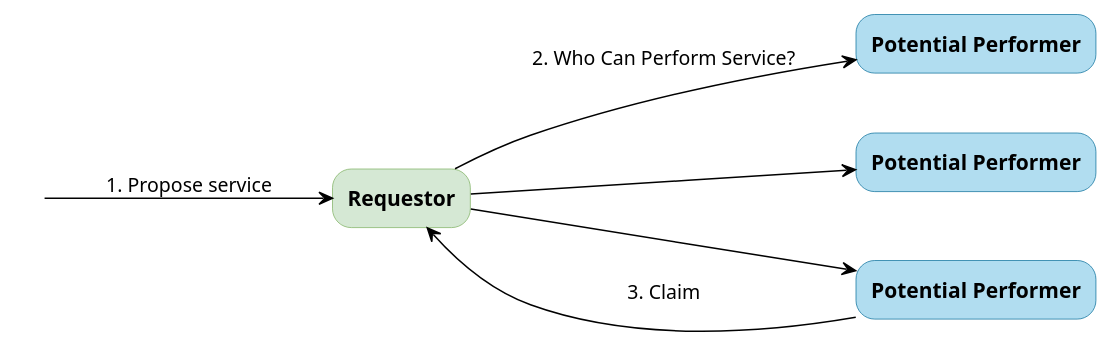
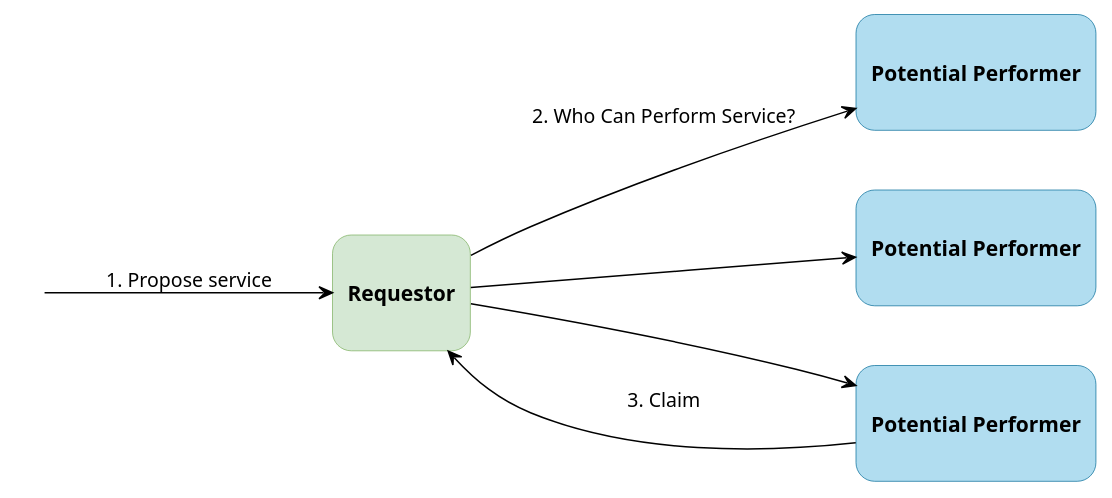
Before and after one commit to HL7/fhir-cow-ig: the diagram in input/images-source/request-claim.plantuml, drawn with PlantUML. The commit also changed 5 other files, not shown here.

First line of the commit message:
Fulfiller Determination diagrams: taller boxes

```diff
--- a/input/images-source/request-claim.plantuml
+++ b/input/images-source/request-claim.plantuml
@@ -1,24 +1,24 @@
 @startuml request-claim
 skinparam svgDimensionStyle false
 skinparam defaultFontName Arial
 skinparam defaultTextAlignment center
 skinparam ArrowColor Black
 skinparam rectangle {
   RoundCorner 25
   FontStyle bold
 }
 skinparam nodesep 40
 skinparam ranksep 80
 left to right direction
 
 rectangle " " as ClmS1 #transparent;line:transparent
-rectangle "Requestor" as ClmR #d5e8d4;line:82b366
-rectangle "Potential Performer" as ClmA #b1ddf0;line:10739e
-rectangle "Potential Performer" as ClmB #b1ddf0;line:10739e
-rectangle "Potential Performer" as ClmC #b1ddf0;line:10739e
+rectangle "\nRequestor\n" as ClmR #d5e8d4;line:82b366
+rectangle "\nPotential Performer\n" as ClmA #b1ddf0;line:10739e
+rectangle "\nPotential Performer\n" as ClmB #b1ddf0;line:10739e
+rectangle "\nPotential Performer\n" as ClmC #b1ddf0;line:10739e
 ClmS1 --> ClmR : 1. Propose service
 ClmR --> ClmA : 2. Who Can Perform Service?
 ClmR --> ClmB
 ClmR --> ClmC
 ClmC --> ClmR : 3. Claim
 @enduml
```
